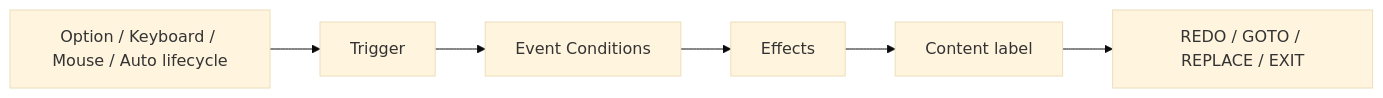
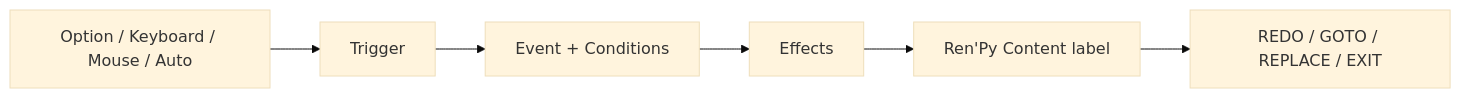
The diagram in README.en.md (ToNyA-369/renpy-scene-node-editor), drawn with Mermaid (base theme) before and after one commit. The commit also changed other lines of this file and 9 other files, not shown here.

````diff
--- a/README.en.md
+++ b/README.en.md
@@ -41,8 +48,8 @@
 ```mermaid
 flowchart LR
-    A["Option / Keyboard / Mouse / Auto lifecycle"] --> B["Trigger"]
-    B --> C["Event Conditions"]
+    A["Option / Keyboard / Mouse / Auto"] --> B["Trigger"]
+    B --> C["Event + Conditions"]
     C --> D["Effects"]
-    D --> E["Content label"]
+    D --> E["Ren'Py Content label"]
     E --> F["REDO / GOTO / REPLACE / EXIT"]
 ```
````
